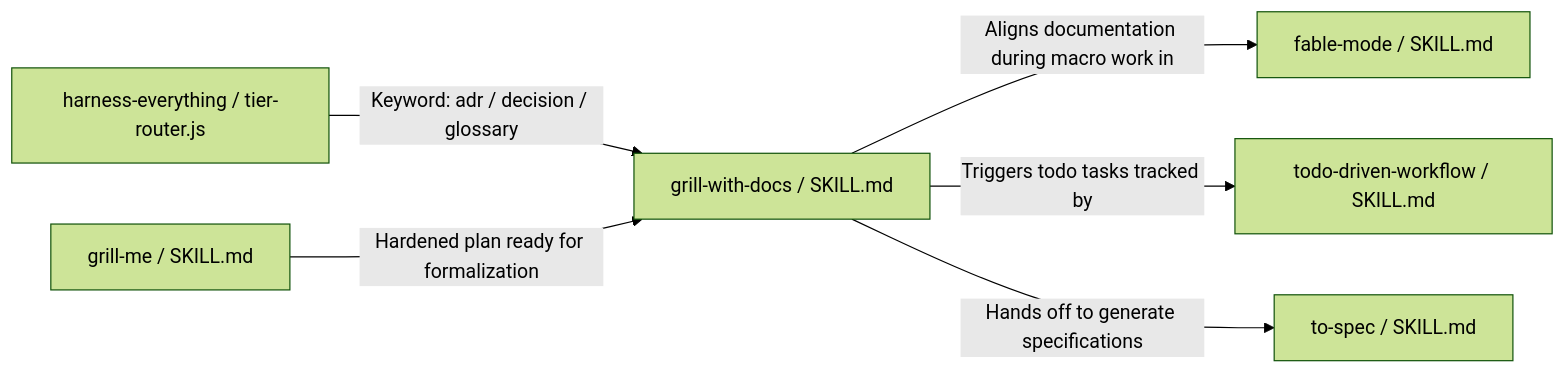
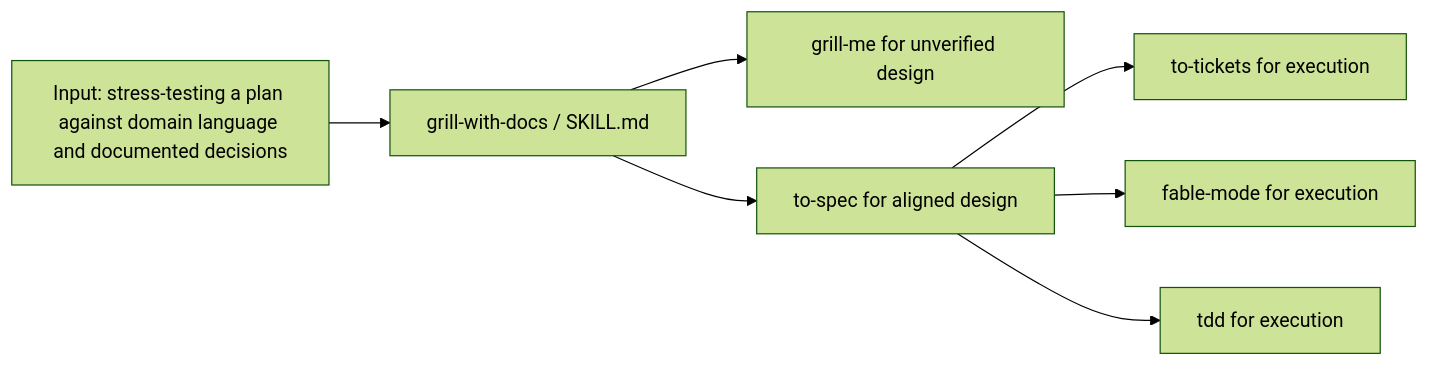
One commit to dyphn1/Harness-everything changed the second of 3 diagrams in docs/workflows/grill-with-docs.md. Above: the diagram before and after it, drawn with Mermaid (forest theme). The commit also changed other lines of this file and 16 other files, not shown here.

````diff
--- a/docs/workflows/grill-with-docs.md
+++ b/docs/workflows/grill-with-docs.md
@@ -35,8 +24,9 @@
 ```mermaid
 graph LR
-  Router["harness-everything / tier-router.js"] -->|Keyword: adr / decision / glossary| GWD["grill-with-docs / SKILL.md"]
-  GrillMe["grill-me / SKILL.md"] -->|Hardened plan ready for formalization| GWD
-  GWD -->|Aligns documentation during macro work in| Fable["fable-mode / SKILL.md"]
-  GWD -->|Triggers todo tasks tracked by| Todo["todo-driven-workflow / SKILL.md"]
-  GWD -->|Hands off to generate specifications| ToSpec["to-spec / SKILL.md"]
+  DomainStress["Input: stress-testing a plan against domain language and documented decisions"] --> GWD["grill-with-docs / SKILL.md"]
+  GWD --> GrillMe["grill-me for unverified design"]
+  GWD --> ToSpec["to-spec for aligned design"]
+  ToSpec --> ToTickets["to-tickets for execution"]
+  ToSpec --> FableMode["fable-mode for execution"]
+  ToSpec --> TDD["tdd for execution"]
 ```
````
